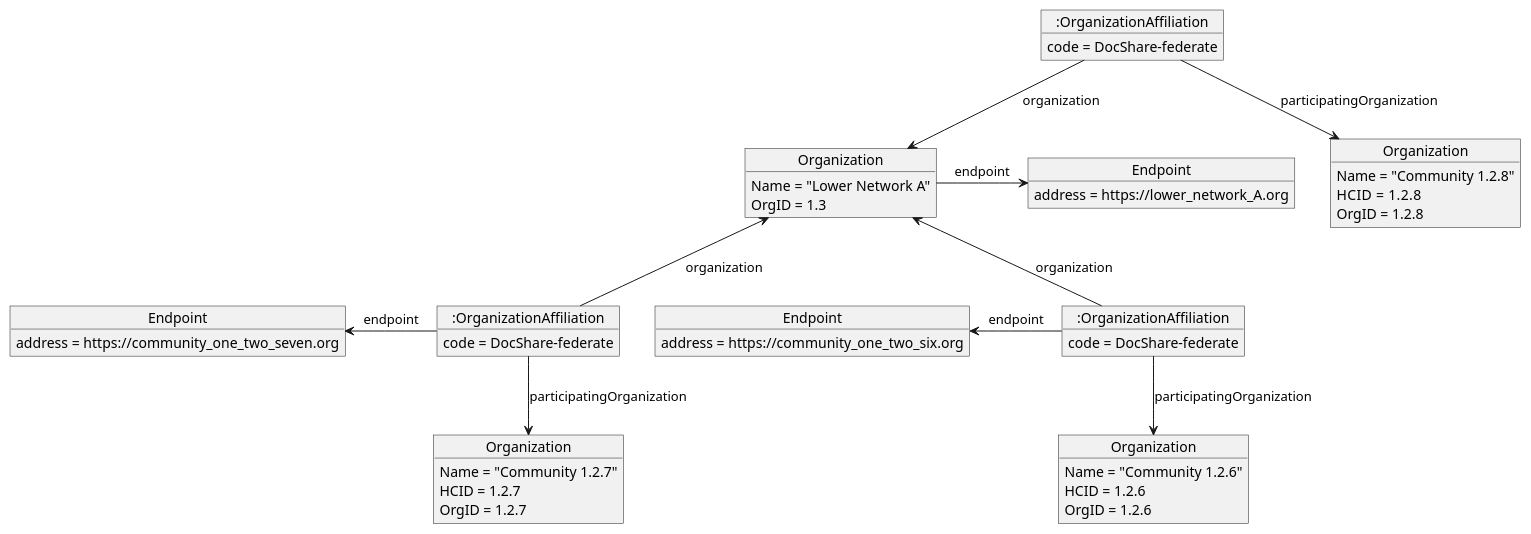
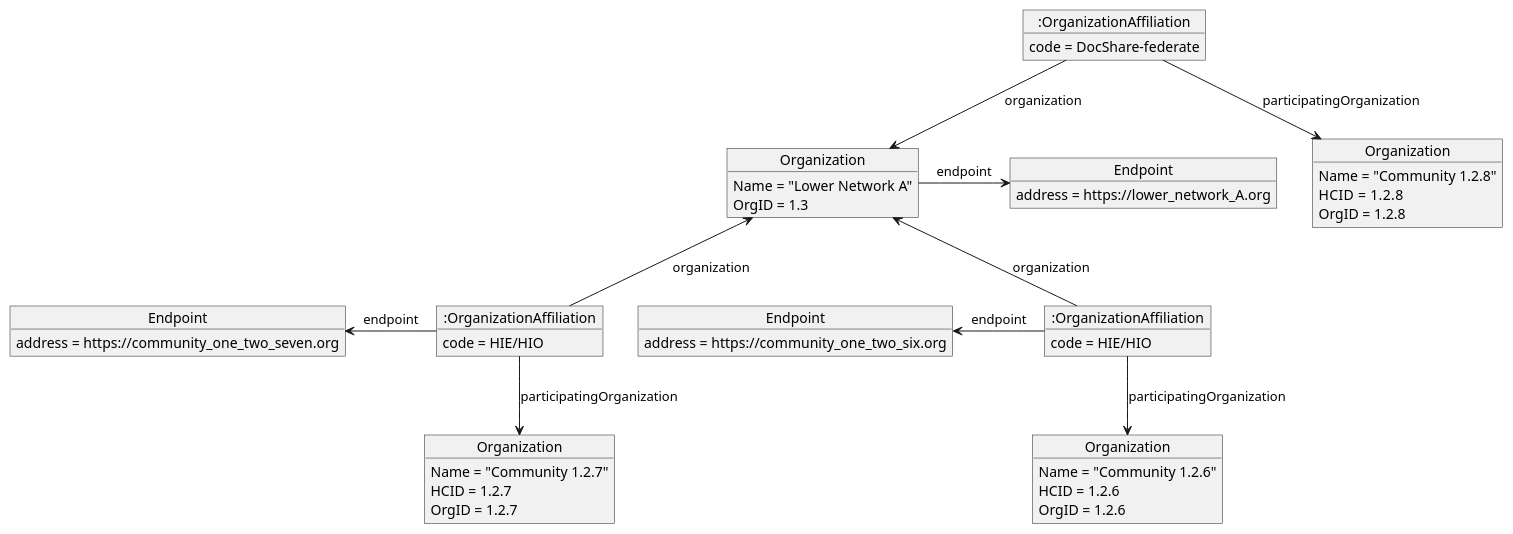
Before and after one commit to IHE/ITI.Topologies: the diagram in images-source/mln-level-a-directory.plantuml, drawn with PlantUML. The commit also changed 1 other file, not shown here.

Commit message:
Correct OrgAff for children

```diff
--- a/images-source/mln-level-a-directory.plantuml
+++ b/images-source/mln-level-a-directory.plantuml
@@ -1,46 +1,46 @@
 @startuml mln-level-a-directory
 hide footbox
 
 object "Organization" as LNA
 LNA : Name = "Lower Network A"
 LNA : OrgID = 1.3
 object "Endpoint" as EndpointA
 EndpointA : address = https://lower_network_A.org
 EndpointA <- LNA : endpoint
 object "Organization" as HC7
 HC7 : Name = "Community 1.2.7"
 HC7 : HCID = 1.2.7
 HC7 : OrgID = 1.2.7
 object "Organization" as HC6
 HC6 : Name = "Community 1.2.6"
 HC6 : HCID = 1.2.6
 HC6 : OrgID = 1.2.6
 
 object ":OrganizationAffiliation" as OrgAff7
-OrgAff7 : code = DocShare-federate
+OrgAff7 : code = HIE/HIO
 OrgAff7 -d-> HC7 : participatingOrganization
 LNA <-- OrgAff7 : organization
 object ":OrganizationAffiliation" as OrgAff6
-OrgAff6 : code = DocShare-federate
+OrgAff6 : code = HIE/HIO
 OrgAff6 -d-> HC6 : participatingOrganization
 LNA <-- OrgAff6 : organization
 
 object "Endpoint" as Endpoint7
 Endpoint7 : address = https://community_one_two_seven.org
 Endpoint7 <- OrgAff7 : endpoint
 
 object "Endpoint" as Endpoint6
 Endpoint6 : address = https://community_one_two_six.org
 Endpoint6 <- OrgAff6 : endpoint
 
 object "Organization" as HC8
 HC8 : Name = "Community 1.2.8"
 HC8 : HCID =  1.2.8
 HC8 : OrgID = 1.2.8
 
 object ":OrganizationAffiliation" as OrgAff8
 OrgAff8 : code = DocShare-federate
 OrgAff8 -d-> HC8 : participatingOrganization
 LNA <-u- OrgAff8 : organization
 
 @enduml
```
